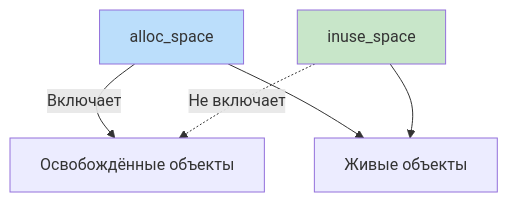
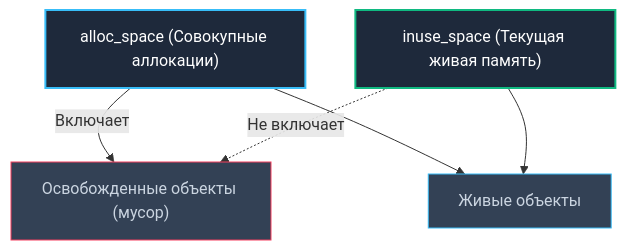
The diagram in sources/16. Профилирование, отладка и производительность/04. Memory profiling/5. pprof memory profile.md (UnrealTemplier/go-textbook), drawn with Mermaid before and after one commit. The commit also changed other lines of this file, not shown here.

````diff
--- a/sources/16. Профилирование, отладка и производительность/04. Memory profiling/5. pprof memory profile.md
+++ b/sources/16. Профилирование, отладка и производительность/04. Memory profiling/5. pprof memory profile.md
@@ -19,9 +22,11 @@
 ```mermaid
 flowchart TD
-    Alloc[alloc_space] -->|"Включает"| Freed[Освобождённые объекты]
-    Alloc --> Live[Живые объекты]
-    Inuse[inuse_space] --> Live
+    Alloc["alloc_space (Совокупные аллокации)"] -->|"Включает"| Freed["Освобожденные объекты (мусор)"]
+    Alloc --> Live["Живые объекты"]
+    Inuse["inuse_space (Текущая живая память)"] --> Live
     Inuse -.->|"Не включает"| Freed
-    style Alloc fill:#bbdefb
-    style Inuse fill:#c8e6c9
+    style Alloc fill:#1e293b,stroke:#38bdf8,stroke-width:2px,color:#fff
+    style Inuse fill:#1e293b,stroke:#10b981,stroke-width:2px,color:#fff
+    style Freed fill:#334155,stroke:#f43f5e,stroke-width:1px,color:#cbd5e1
+    style Live fill:#334155,stroke:#38bdf8,stroke-width:1px,color:#cbd5e1
 ```
````
